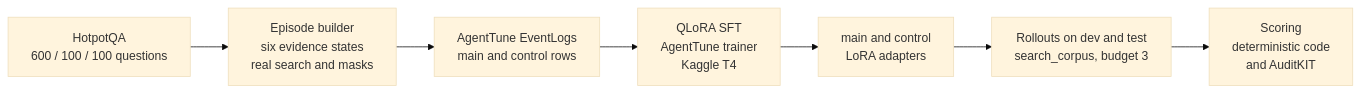
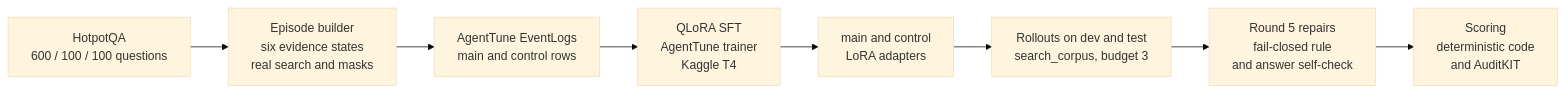
One commit to Bhaveshmeghwal21/against-the-safety changed the diagram in README.md. Above: the diagram before and after it, drawn with Mermaid (base theme). The commit also changed other lines of this file, not shown here.

Commit message:
README: round 5 headline (main + fail-closed + self-check), sealed-test results, DPO negative result, reproduction steps and limits; includes the round 4 summary section

````diff
--- a/README.md
+++ b/README.md
@@ -292,9 +368,10 @@
 ```mermaid
 flowchart LR
     A["HotpotQA<br/>600 / 100 / 100 questions"] --> B["Episode builder<br/>six evidence states<br/>real search and masks"]
     B --> C["AgentTune EventLogs<br/>main and control rows"]
     C --> D["QLoRA SFT<br/>AgentTune trainer<br/>Kaggle T4"]
     D --> E["main and control<br/>LoRA adapters"]
     E --> F["Rollouts on dev and test<br/>search_corpus, budget 3"]
-    F --> G["Scoring<br/>deterministic code<br/>and AuditKIT"]
+    F --> R["Round 5 repairs<br/>fail-closed rule<br/>and answer self-check"]
+    R --> G["Scoring<br/>deterministic code<br/>and AuditKIT"]
 ```
````
